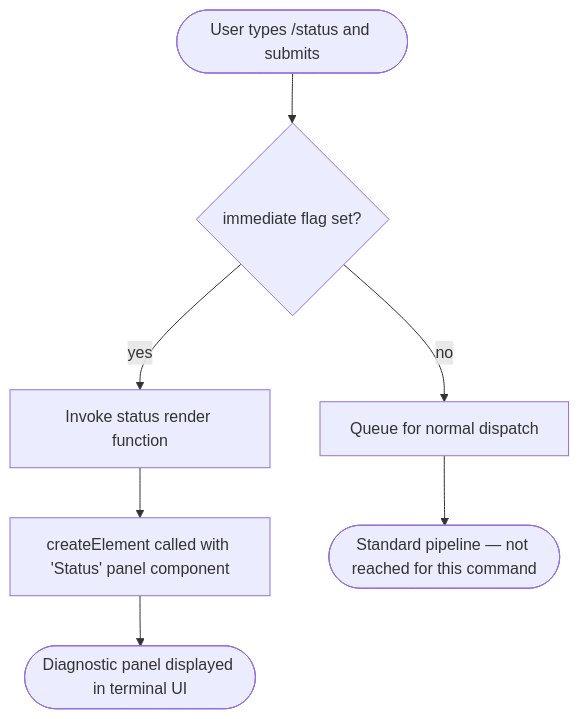
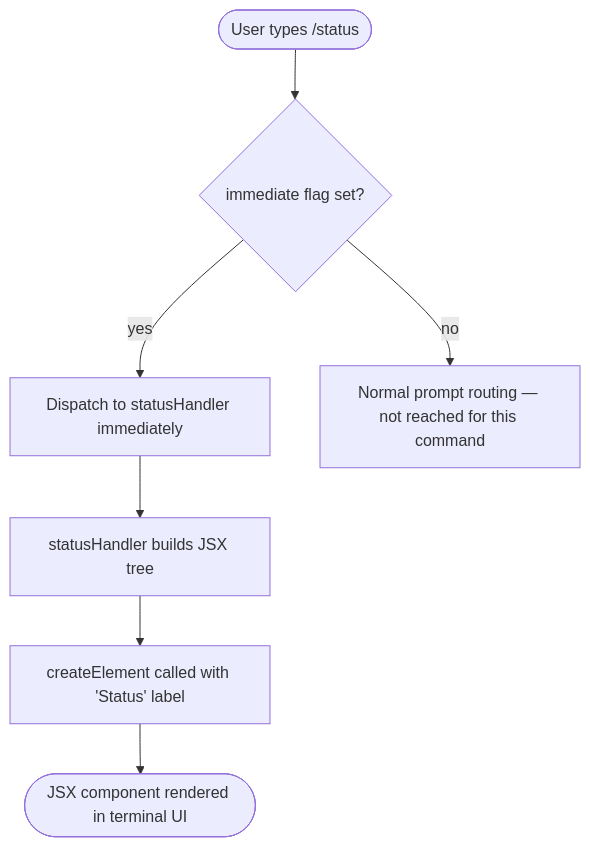
One commit to MyLittleLuckyDog/cc-gnothi changed the diagram in versions/v2.1.132/status.md. Above: the diagram before and after it, drawn with Mermaid. The commit also changed other lines of this file and 96 other files, not shown here.

````diff
--- a/versions/v2.1.132/status.md
+++ b/versions/v2.1.132/status.md
@@ -46,9 +54,9 @@
 ```mermaid
 flowchart TD
-    A([User types /status and submits]) --> B{immediate flag set?}
-    B -- yes --> C[Invoke status render function]
-    B -- no --> D[Queue for normal dispatch]
-    C --> E[createElement called with 'Status' panel component]
-    E --> F([Diagnostic panel displayed in terminal UI])
-    D --> G([Standard pipeline — not reached for this command])
+    A([User types /status]) --> B{immediate flag set?}
+    B -- yes --> C[Dispatch to statusHandler immediately]
+    B -- no --> D[Normal prompt routing — not reached for this command]
+    C --> E[statusHandler builds JSX tree]
+    E --> F[createElement called with 'Status' label]
+    F --> G([JSX component rendered in terminal UI])
 ```
````
